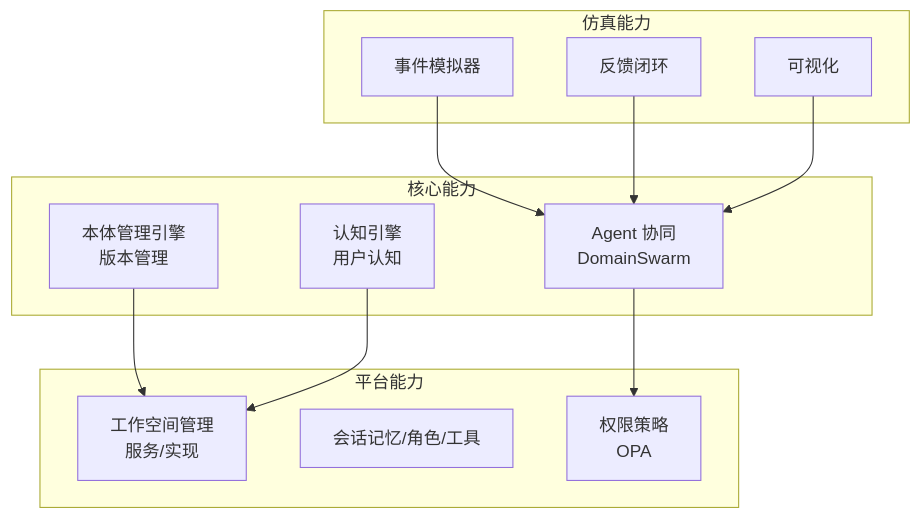
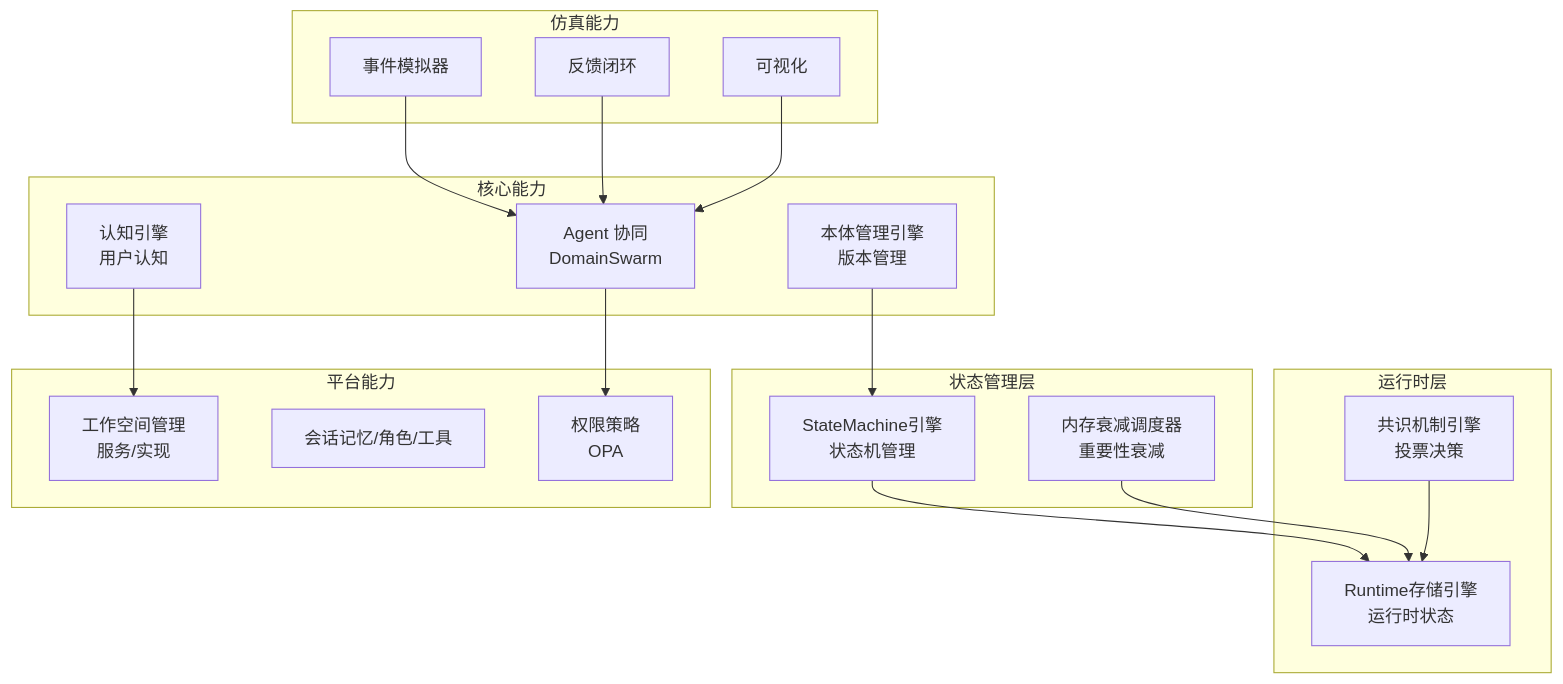
The first of 11 diagrams in .qoder/repowiki/zh/content/架构设计/分层架构设计/L3-L4 业务层/L3-L4 业务层.md (inier/ontology-graphiti), drawn with Mermaid before and after one commit. The commit also changed other lines of this file and 85 other files, not shown here.

````diff
--- a/.qoder/repowiki/zh/content/架构设计/分层架构设计/L3-L4 业务层/L3-L4 业务层.md
+++ b/.qoder/repowiki/zh/content/架构设计/分层架构设计/L3-L4 业务层/L3-L4 业务层.md
@@ -42,24 +59,35 @@
 ```mermaid
 graph TB
 subgraph "核心能力"
 A1["Agent 协同<br/>DomainSwarm"]
 A2["本体管理引擎<br/>版本管理"]
 A3["认知引擎<br/>用户认知"]
+end
+subgraph "状态管理层"
+SM1["StateMachine引擎<br/>状态机管理"]
+SM2["内存衰减调度器<br/>重要性衰减"]
+end
+subgraph "运行时层"
+RT1["Runtime存储引擎<br/>运行时状态"]
+RT2["共识机制引擎<br/>投票决策"]
 end
 subgraph "平台能力"
 P1["工作空间管理<br/>服务/实现"]
 P2["会话记忆/角色/工具"]
 P3["权限策略<br/>OPA"]
 end
 subgraph "仿真能力"
 S1["事件模拟器"]
 S2["反馈闭环"]
 S3["可视化"]
 end
 A1 --> P3
-A2 --> P1
+A2 --> SM1
+SM1 --> RT1
+SM2 --> RT1
+RT2 --> RT1
 A3 --> P1
 S1 --> A1
 S2 --> A1
 S3 --> A1
 ```
````
